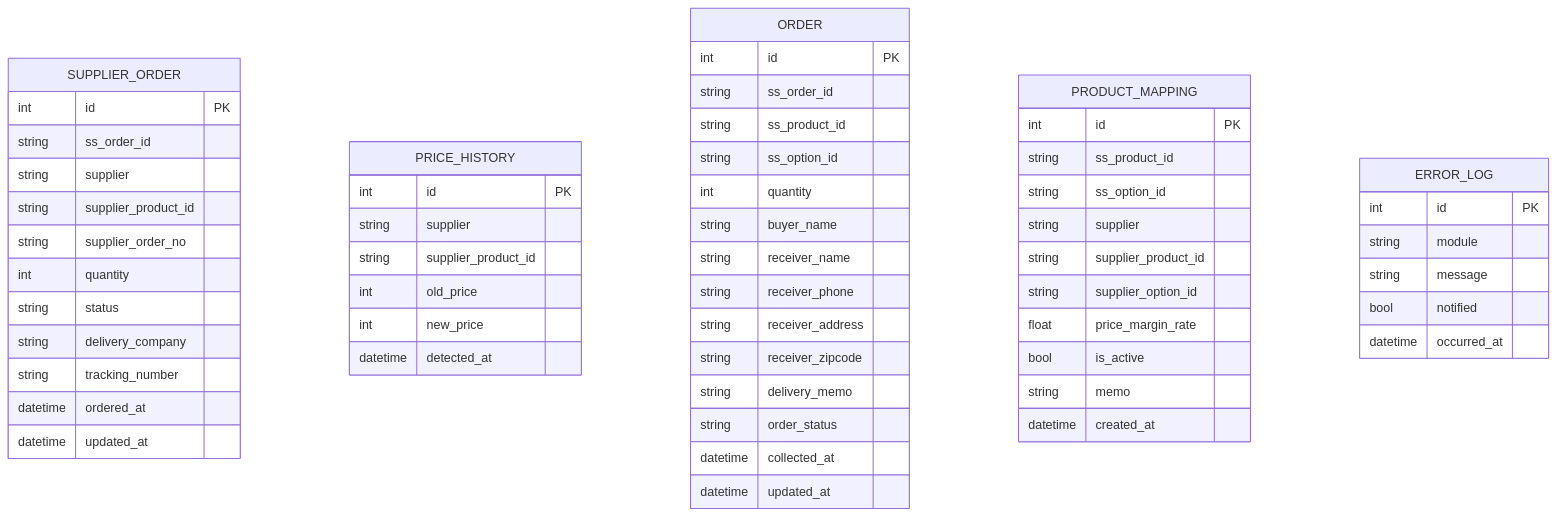
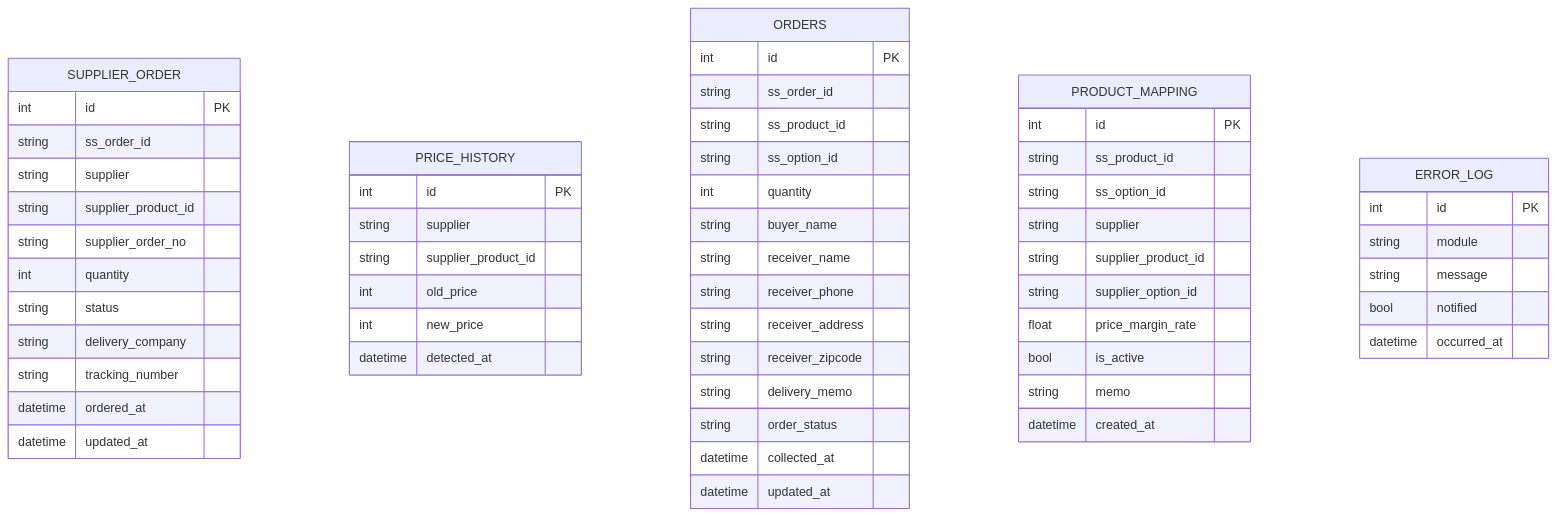
Before and after one commit to pkeom/pkeom: the fifth of 9 diagrams in SYSTEM_MASTER_SPEC.md, drawn with Mermaid. The commit also changed other lines of this file, not shown here.

First line of the commit message:
fix: SYSTEM_MASTER_SPEC.md Mermaid 다이어그램 문법 오류 전체 수정

````diff
--- a/SYSTEM_MASTER_SPEC.md
+++ b/SYSTEM_MASTER_SPEC.md
@@ -837,63 +837,63 @@
 ```mermaid
 erDiagram
     SUPPLIER_ORDER {
         int id PK
         string ss_order_id
         string supplier
         string supplier_product_id
         string supplier_order_no
         int quantity
         string status
         string delivery_company
         string tracking_number
         datetime ordered_at
         datetime updated_at
     }
 
     PRICE_HISTORY {
         int id PK
         string supplier
         string supplier_product_id
         int old_price
         int new_price
         datetime detected_at
     }
 
-    ORDER {
+    ORDERS {
         int id PK
         string ss_order_id
         string ss_product_id
         string ss_option_id
         int quantity
         string buyer_name
         string receiver_name
         string receiver_phone
         string receiver_address
         string receiver_zipcode
         string delivery_memo
         string order_status
         datetime collected_at
         datetime updated_at
     }
 
     PRODUCT_MAPPING {
         int id PK
         string ss_product_id
         string ss_option_id
         string supplier
         string supplier_product_id
         string supplier_option_id
         float price_margin_rate
         bool is_active
         string memo
         datetime created_at
     }
 
     ERROR_LOG {
         int id PK
         string module
         string message
         bool notified
         datetime occurred_at
     }
 ```
````
